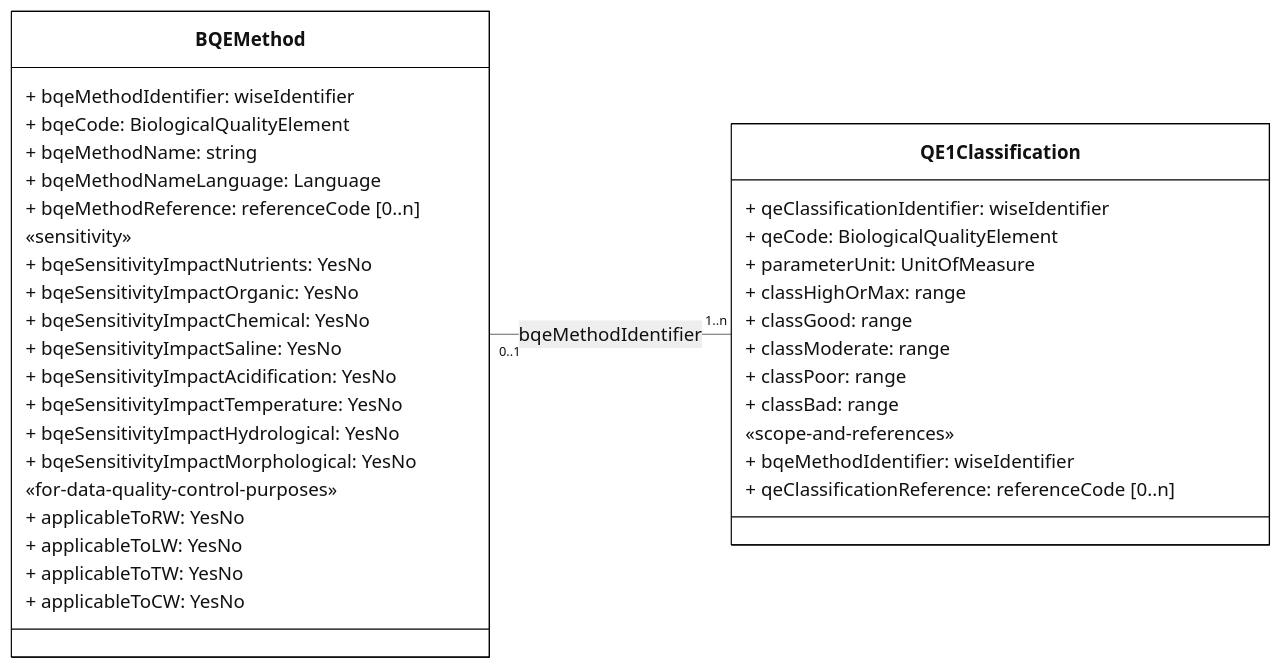
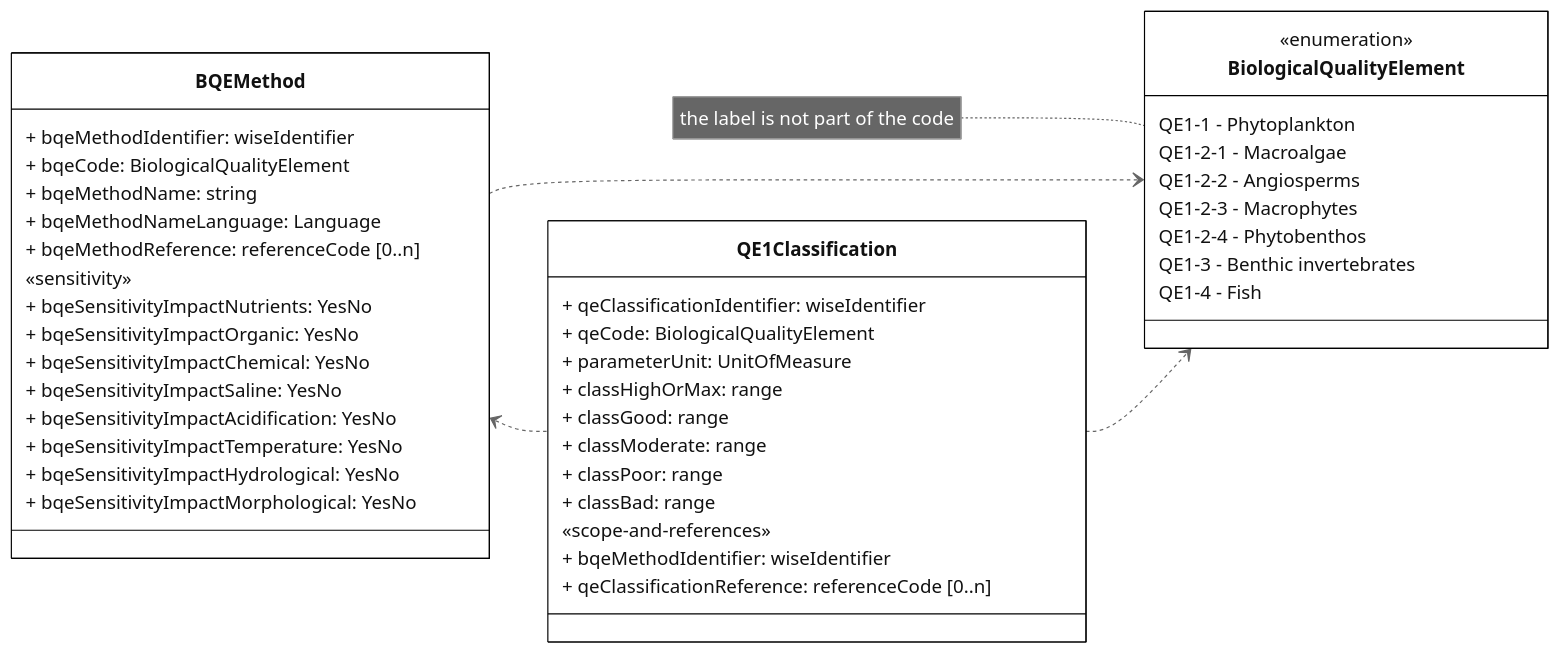
The diagram in docs/DataModelReview/mmd/SurfaceWaterMethodologies_4thCycle_BQEMethod_QE1Classification_ClassDiagram.mmd (eeadata/WISE.WFD.Documentation), drawn with Mermaid before and after one commit. The commit also changed 9 other files, not shown here.

```diff
--- a/docs/DataModelReview/mmd/SurfaceWaterMethodologies_4thCycle_BQEMethod_QE1Classification_ClassDiagram.mmd
+++ b/docs/DataModelReview/mmd/SurfaceWaterMethodologies_4thCycle_BQEMethod_QE1Classification_ClassDiagram.mmd
@@ -1,53 +1,62 @@
 ---
 config:
   class:
     hideEmptyMembersBox: true
   layout: dagre
   theme: neutral
 ---
 classDiagram
 direction LR
 
 class BQEMethod{
 + bqeMethodIdentifier: wiseIdentifier
 + bqeCode: BiologicalQualityElement
 + bqeMethodName: string
 + bqeMethodNameLanguage: Language
 + bqeMethodReference: referenceCode [0..n]
 
 «sensitivity»
 + bqeSensitivityImpactNutrients: YesNo
 + bqeSensitivityImpactOrganic: YesNo
 + bqeSensitivityImpactChemical: YesNo
 + bqeSensitivityImpactSaline: YesNo
 + bqeSensitivityImpactAcidification: YesNo
 + bqeSensitivityImpactTemperature: YesNo
 + bqeSensitivityImpactHydrological: YesNo
 + bqeSensitivityImpactMorphological: YesNo
-
-«for-data-quality-control-purposes»
-+ applicableToRW: YesNo
-+ applicableToLW: YesNo
-+ applicableToTW: YesNo
-+ applicableToCW: YesNo
 }
 
 class QE1Classification{
 + qeClassificationIdentifier: wiseIdentifier
 + qeCode: BiologicalQualityElement
 + parameterUnit: UnitOfMeasure
 + classHighOrMax: range
 + classGood: range
 + classModerate: range
 + classPoor: range
 + classBad: range
 «scope-and-references»
 + bqeMethodIdentifier: wiseIdentifier 
 + qeClassificationReference: referenceCode [0..n]
 }
 
-BQEMethod "0..1" -- "1..n" QE1Classification: bqeMethodIdentifier
+class BiologicalQualityElement{
+<<enumeration>>
+  QE1-1 - Phytoplankton
+  QE1-2-1 - Macroalgae
+  QE1-2-2 - Angiosperms
+  QE1-2-3 - Macrophytes
+  QE1-2-4 - Phytobenthos
+  QE1-3 - Benthic invertebrates
+  QE1-4 - Fish
+}
+
+BQEMethod <.. QE1Classification
+BQEMethod ..> BiologicalQualityElement
+QE1Classification ..> BiologicalQualityElement
+
+note for BiologicalQualityElement "the label is not part of the code"
 
 classDef default fill:white,stroke:#000;
 classDef forFixing fill:white,stroke:#f00;
 classDef otherDataset fill:lavender,stroke:#000;
```
